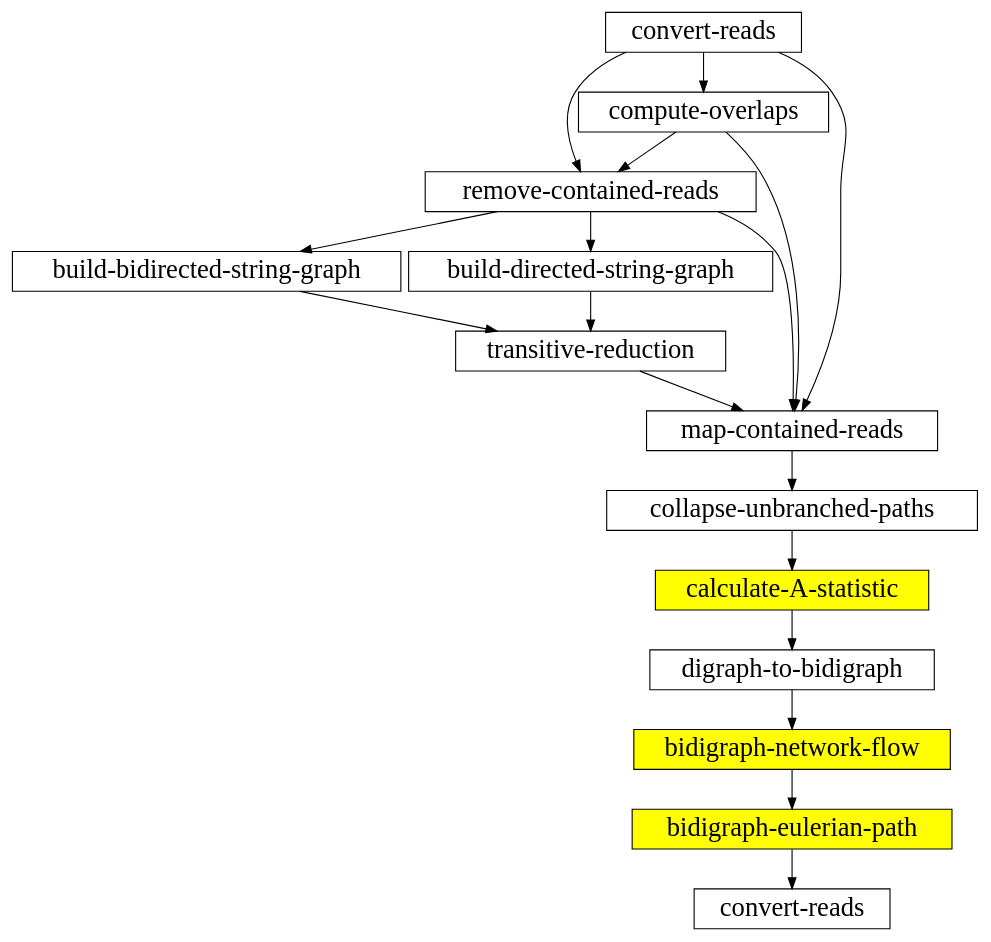
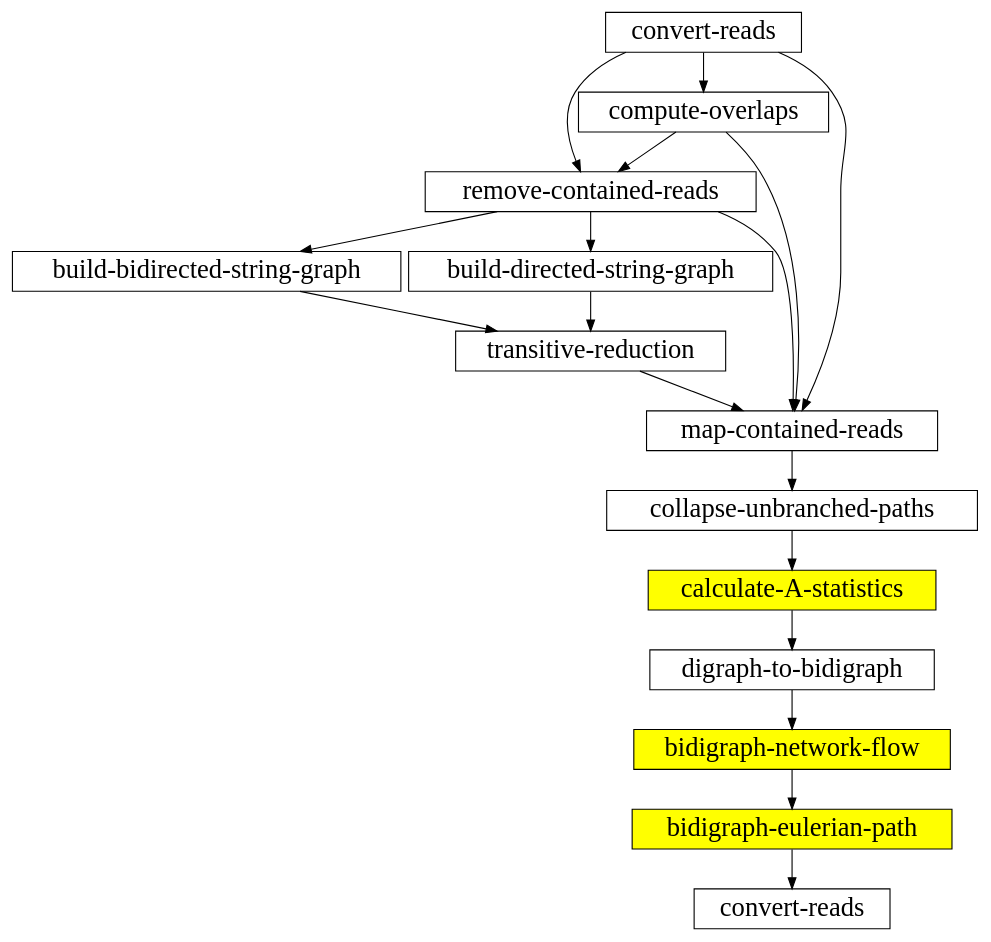
One commit to ebiggers/fragment-string-graph-assembler changed the diagram in presentation/programs.dot. Above: the diagram before and after it, drawn with Graphviz. The commit also changed 8 other files, not shown here.

Commit message:
calculate-A-statistics skeleton

```diff
--- a/presentation/programs.dot
+++ b/presentation/programs.dot
@@ -1,40 +1,40 @@
 digraph {
 	graph [dir=LR nodesep=0.1 ]
 	node [shape=rect fontsize=24 fontname="Arial bold"]
 	build_bidirected_string_graph [label="build-bidirected-string-graph"];
 	build_directed_string_graph [label="build-directed-string-graph"];
 	collapse_unbranched_paths [label="collapse-unbranched-paths"];
 	compute_overlaps [label="compute-overlaps"];
 	convert_reads [label="convert-reads"];
 	digraph_to_bidigraph [label="digraph-to-bidigraph"];
 	remove_contained_reads [label="remove-contained-reads"];
 	map_contained_reads [label="map-contained-reads"];
-	calculate_a_statistic [label="calculate-A-statistic",style=filled,fillcolor=yellow];
+	calculate_a_statistics [label="calculate-A-statistics",style=filled,fillcolor=yellow];
 	bidigraph_network_flow [label="bidigraph-network-flow",style=filled,fillcolor=yellow];
 	bidigraph_eulerian_path [label="bidigraph-eulerian-path",style=filled,fillcolor=yellow];
 	transitive_reduction [label="transitive-reduction"];
 	convert_reads2 [label="convert-reads"];
 
 	convert_reads -> compute_overlaps //[label="reads.bvv"];
 	convert_reads -> remove_contained_reads //[label="reads.bvv"];
 
 	compute_overlaps -> remove_contained_reads //[label="out.overlaps"];
 
 	//remove_contained_reads -> build_directed_string_graph //[ label="reads.uncontained.bvv"];
 
 	remove_contained_reads -> build_bidirected_string_graph
 	remove_contained_reads -> build_directed_string_graph //[ label="out.uncontained.overlaps"];
 	remove_contained_reads -> map_contained_reads
 	compute_overlaps -> map_contained_reads
 	convert_reads -> map_contained_reads
 	build_directed_string_graph -> transitive_reduction //[ label="out.digraph"];
 	build_bidirected_string_graph -> transitive_reduction
 	transitive_reduction -> map_contained_reads //[ label="out.reduced.digraph"];
 	map_contained_reads -> collapse_unbranched_paths //[ label="out.reduced.mapped.digraph"];
-	collapse_unbranched_paths -> calculate_a_statistic //[ label="out.reduced.mapped.collapsed.digraph"];
-	calculate_a_statistic -> digraph_to_bidigraph //[ label="out.reduced.mapped.collapsed.calc.digraph"];
+	collapse_unbranched_paths -> calculate_a_statistics //[ label="out.reduced.mapped.collapsed.digraph"];
+	calculate_a_statistics -> digraph_to_bidigraph //[ label="out.reduced.mapped.collapsed.calc.digraph"];
 	digraph_to_bidigraph -> bidigraph_network_flow
 	bidigraph_network_flow -> bidigraph_eulerian_path //[ label="out.reduced.mapped.collapsed.calc.digraph"];
 
 	bidigraph_eulerian_path -> convert_reads2 //[ label="out.paths.bvv" ];
 }
```
